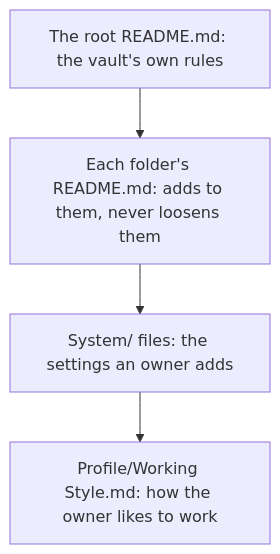
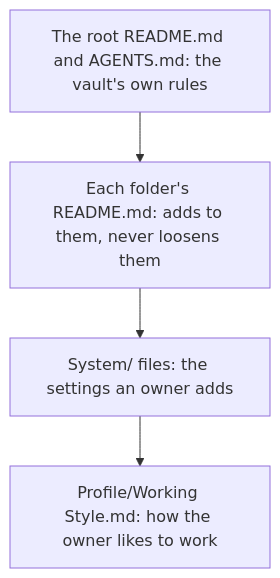
One commit to tannergolden/knowledge changed the first of 2 diagrams in .docs/introduction/How-The-Vault-Works.md. Above: the diagram before and after it, drawn with Mermaid. The commit also changed other lines of this file and 20 other files, not shown here.

````diff
--- a/.docs/introduction/How-The-Vault-Works.md
+++ b/.docs/introduction/How-The-Vault-Works.md
@@ -46,6 +46,6 @@
 ```mermaid
 graph TD
-    A["The root README.md: the vault's own rules"] --> B["Each folder's README.md: adds to them, never loosens them"]
+    A["The root README.md and AGENTS.md: the vault's own rules"] --> B["Each folder's README.md: adds to them, never loosens them"]
     B --> C["System/ files: the settings an owner adds"]
     C --> D["Profile/Working Style.md: how the owner likes to work"]
 ```
````
